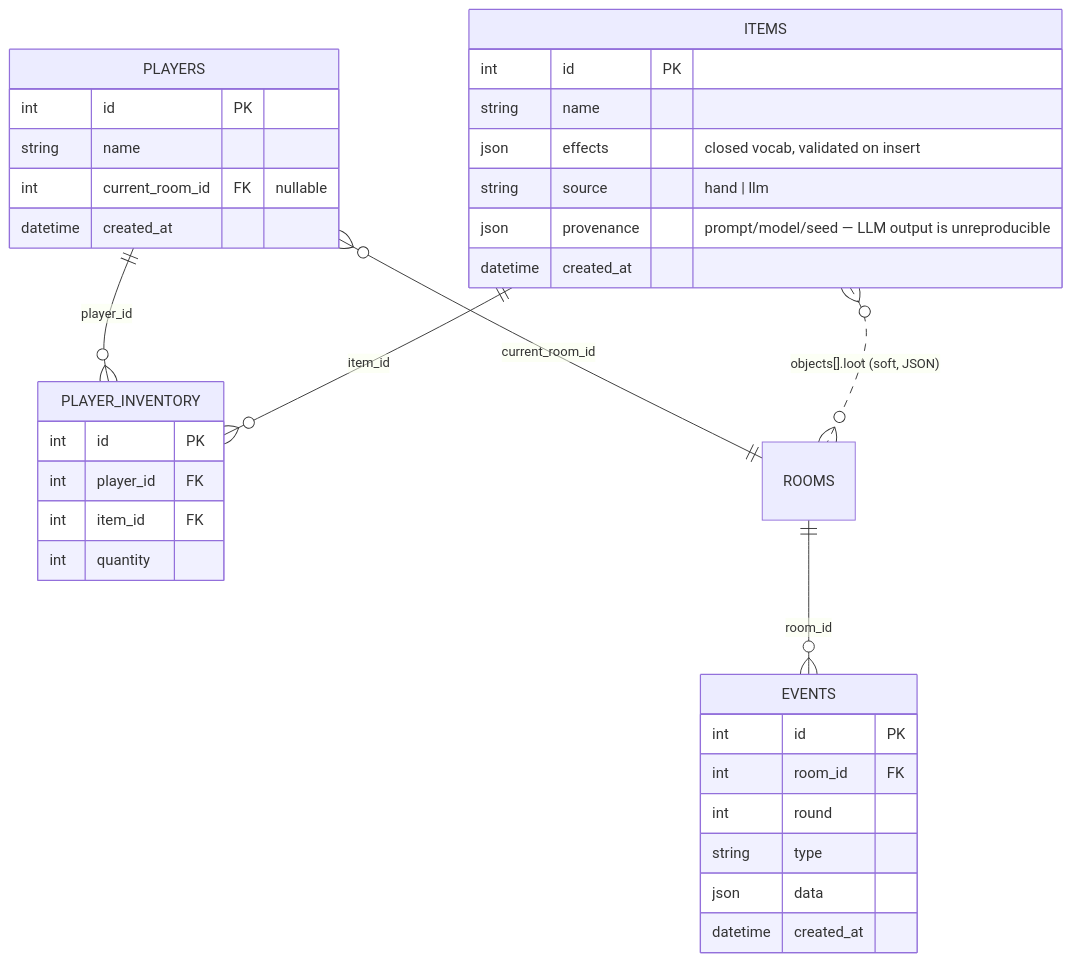
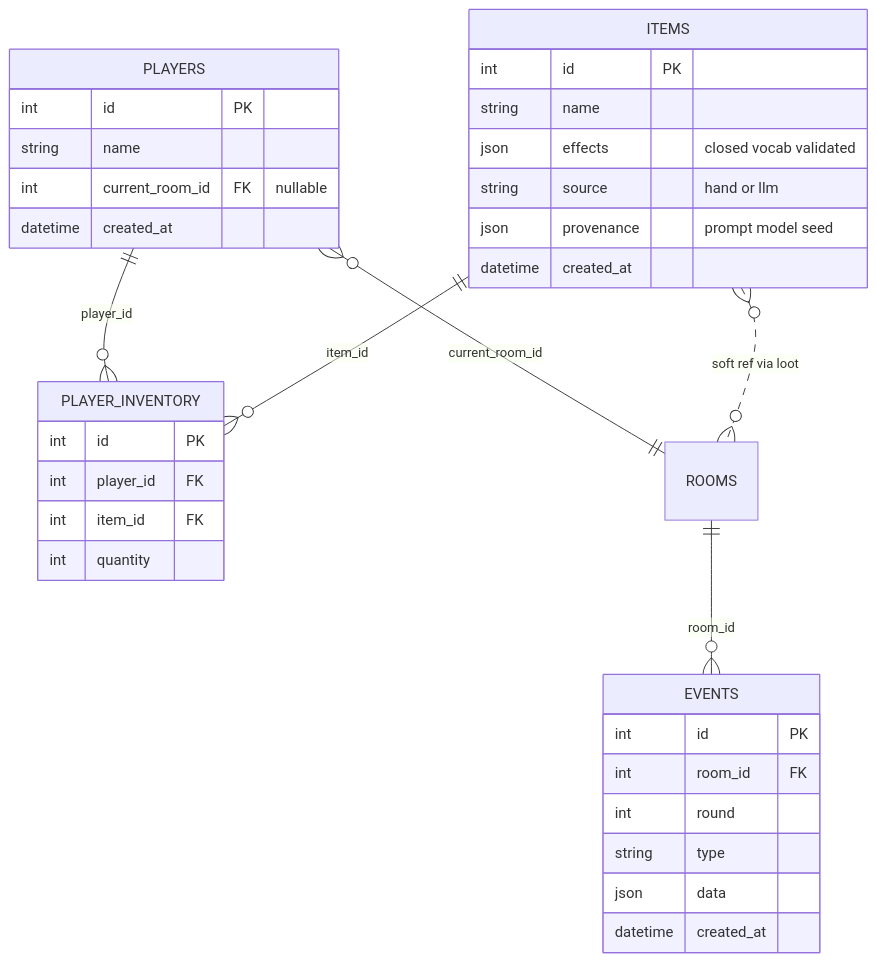
The second of 2 diagrams in DB_SCHEMA.md (GoldenWind8/roguelike-mvp), drawn with Mermaid before and after one commit. The commit also changed other lines of this file, not shown here.

First line of the commit message:
docs: fix DB_SCHEMA.md mermaid render

````diff
--- a/DB_SCHEMA.md
+++ b/DB_SCHEMA.md
@@ -80,37 +80,37 @@
 ```mermaid
 erDiagram
     PLAYERS ||--o{ PLAYER_INVENTORY : "player_id"
     ITEMS ||--o{ PLAYER_INVENTORY : "item_id"
     ROOMS ||--o{ EVENTS : "room_id"
     PLAYERS }o--|| ROOMS : "current_room_id"
-    ITEMS }o..o{ ROOMS : "objects[].loot (soft, JSON)"
+    ITEMS }o..o{ ROOMS : "soft ref via loot"
 
     ITEMS {
         int id PK
         string name
-        json effects "closed vocab, validated on insert"
-        string source "hand | llm"
-        json provenance "prompt/model/seed — LLM output is unreproducible"
+        json effects "closed vocab validated"
+        string source "hand or llm"
+        json provenance "prompt model seed"
         datetime created_at
     }
     PLAYERS {
         int id PK
         string name
         int current_room_id FK "nullable"
         datetime created_at
     }
     PLAYER_INVENTORY {
         int id PK
         int player_id FK
         int item_id FK
         int quantity
     }
     EVENTS {
         int id PK
         int room_id FK
         int round
         string type
         json data
         datetime created_at
     }
 ```
````
